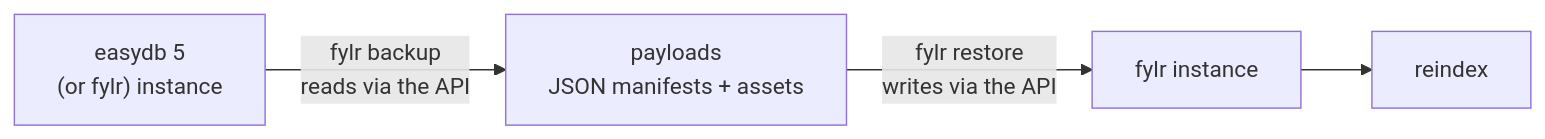
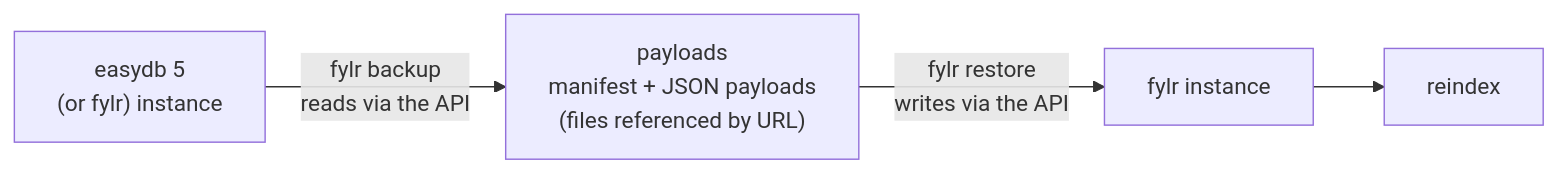
Before and after one commit to programmfabrik/fylr-gitbook: the third of 3 diagrams in for-developers/changes-easydb5-fylr.md, drawn with Mermaid. The commit also changed other lines of this file, not shown here.

First line of the commit message:
docs: review fixes — side-by-side diagrams, OAuth2 client-migration story, corrected claims

````diff
--- a/for-developers/changes-easydb5-fylr.md
+++ b/for-developers/changes-easydb5-fylr.md
@@ -139,6 +144,6 @@
 ```mermaid
 flowchart LR
-    EZ["easydb 5<br/>(or fylr) instance"] -->|"fylr backup<br/>reads via the API"| PL["payloads<br/>JSON manifests + assets"]
+    EZ["easydb 5<br/>(or fylr) instance"] -->|"fylr backup<br/>reads via the API"| PL["payloads<br/>manifest + JSON payloads<br/>(files referenced by URL)"]
     PL -->|"fylr restore<br/>writes via the API"| FY["fylr instance"]
     FY --> RI["reindex"]
 ```
````
